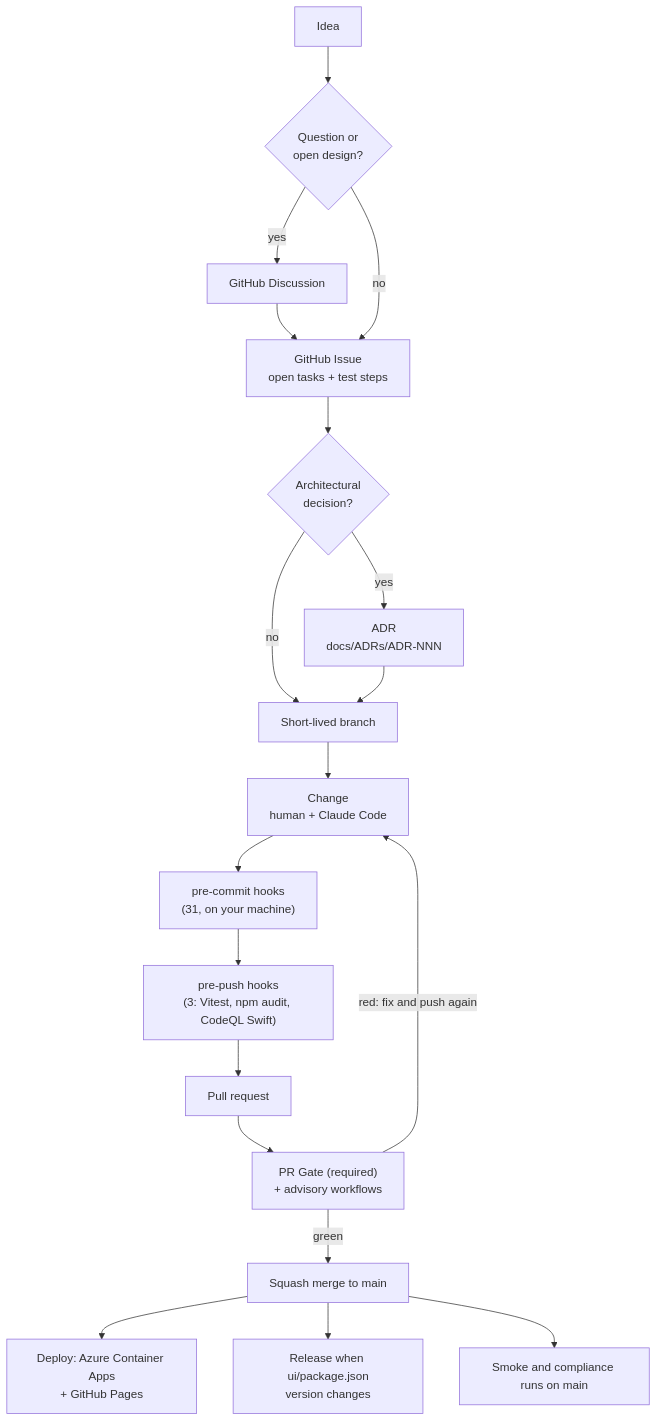
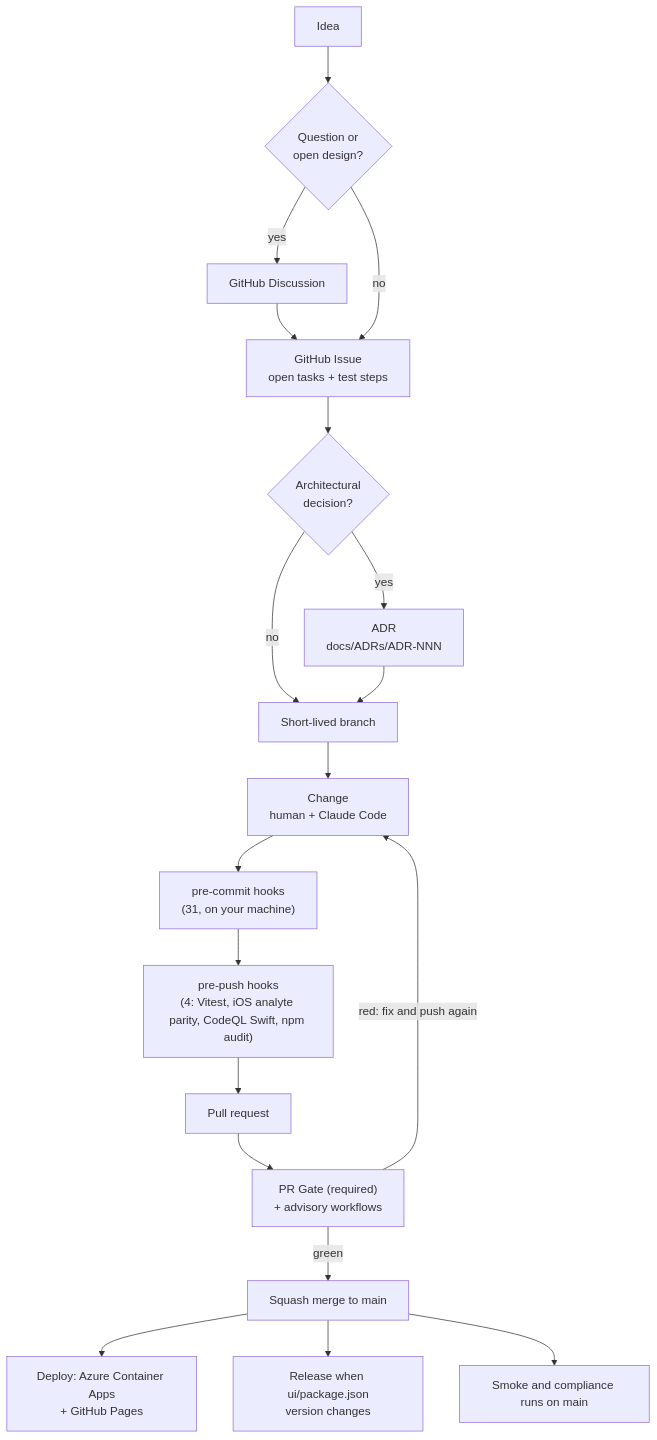
One commit to ma3u/MinimumViableHealthDataspacev2 changed the diagram in docs/SDLC.md. Above: the diagram before and after it, drawn with Mermaid. The commit also changed other lines of this file and 56 other files, not shown here.

````diff
--- a/docs/SDLC.md
+++ b/docs/SDLC.md
@@ -65,21 +65,21 @@
 ```mermaid
 flowchart TD
     A["Idea"] --> Q{"Question or<br/>open design?"}
     Q -- yes --> DI["GitHub Discussion"]
     DI --> I
     Q -- no --> I["GitHub Issue<br/>open tasks + test steps"]
     I --> B{"Architectural<br/>decision?"}
     B -- yes --> C["ADR<br/>docs/ADRs/ADR-NNN"]
     B -- no --> D["Short-lived branch"]
     C --> D
     D --> E["Change<br/>human + Claude Code"]
     E --> F["pre-commit hooks<br/>(31, on your machine)"]
-    F --> P["pre-push hooks<br/>(3: Vitest, npm audit, CodeQL Swift)"]
+    F --> P["pre-push hooks<br/>(4: Vitest, iOS analyte parity, CodeQL Swift, npm audit)"]
     P --> G["Pull request"]
     G --> H["PR Gate (required)<br/>+ advisory workflows"]
     H -- "red: fix and push again" --> E
     H -- "green" --> M["Squash merge to main"]
     M --> K["Deploy: Azure Container Apps<br/>+ GitHub Pages"]
     M --> R["Release when ui/package.json<br/>version changes"]
     M --> S["Smoke and compliance runs on main"]
 ```
````
